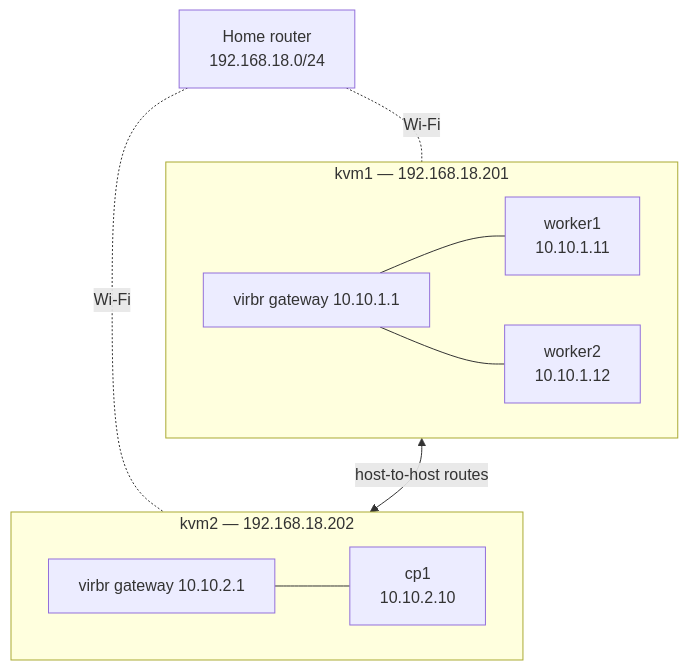
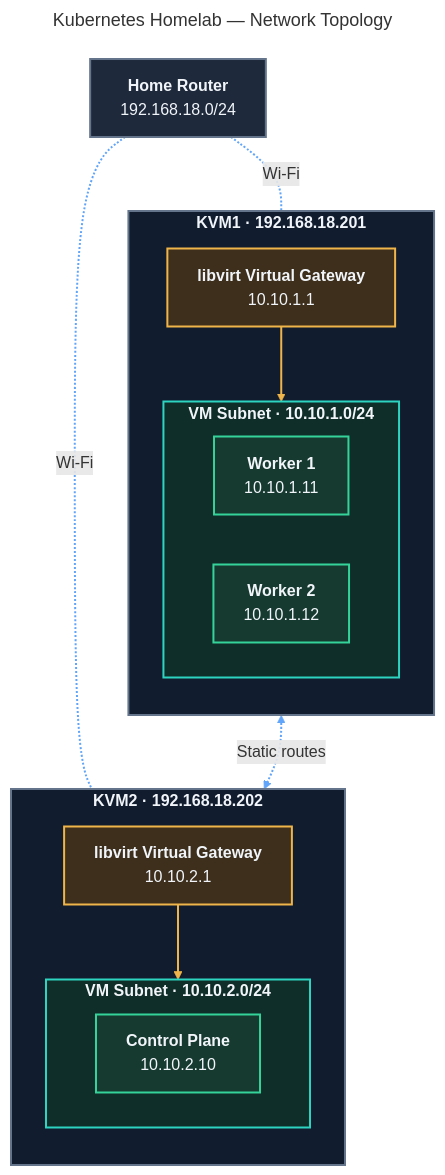
The diagram in doc/networking.md (KatlehoLephallo/kubernetes-homelab), drawn with Mermaid before and after one commit. The commit also changed other lines of this file, not shown here.

Commit message:
final final touches

````diff
--- a/doc/networking.md
+++ b/doc/networking.md
@@ -13,22 +14,48 @@
 ```mermaid
+---
+title: Kubernetes Homelab — Network Topology
+---
 flowchart TB
-    router["Home router<br/>192.168.18.0/24"]
-
-    subgraph kvm1["kvm1 — 192.168.18.201"]
-        gw1["virbr gateway 10.10.1.1"]
-        w1["worker1<br/>10.10.1.11"]
-        w2["worker2<br/>10.10.1.12"]
-        gw1 --- w1
-        gw1 --- w2
+    router["<b>Home Router</b><br/>192.168.18.0/24"]
+ 
+    subgraph kvm1["<b>KVM1 · 192.168.18.201</b>"]
+        
+        direction TB
+        gw1["<b>libvirt Virtual Gateway</b><br/>10.10.1.1"]
+        subgraph net1["<b>VM Subnet · 10.10.1.0/24</b>"]
+            direction LR
+            w1["<b>Worker 1</b><br/> 10.10.1.11"]
+            w2["<b>Worker 2</b><br/> 10.10.1.12"]
+        end
+        gw1 --> net1
     end
-
-    subgraph kvm2["kvm2 — 192.168.18.202"]
-        gw2["virbr gateway 10.10.2.1"]
-        cp1["cp1<br/>10.10.2.10"]
-        gw2 --- cp1
+ 
+    subgraph kvm2["<b>KVM2 · 192.168.18.202</b>"]
+        direction TB
+        gw2["<b>libvirt Virtual Gateway</b><br/>10.10.2.1"]
+        subgraph net2["<b>VM Subnet · 10.10.2.0/24</b>"]
+            cp1["<b>Control Plane</b><br/> 10.10.2.10"]
+        end
+        gw2 --> net2
     end
-
-    router -. Wi-Fi .- kvm1
-    router -. Wi-Fi .- kvm2
-    kvm1 <-- "host-to-host routes" --> kvm2
+ 
+    router -. "Wi-Fi" .- kvm1
+    router -. "Wi-Fi" .- kvm2
+    kvm1 <-. "Static routes" .-> kvm2
+ 
+    classDef routerStyle fill:#1e293b,stroke:#64748b,stroke-width:2px,color:#f1f5f9
+    classDef gatewayStyle fill:#3d2f1c,stroke:#f0b54a,stroke-width:2px,color:#f1f5f9
+    classDef vmStyle fill:#163a30,stroke:#34d399,stroke-width:2px,color:#f1f5f9
+ 
+    class router routerStyle
+    class gw1,gw2 gatewayStyle
+    class w1,w2,cp1 vmStyle
+ 
+    style kvm1 fill:#111c2e,stroke:#64748b,stroke-width:2px,color:#f1f5f9
+    style kvm2 fill:#111c2e,stroke:#64748b,stroke-width:2px,color:#f1f5f9
+    style net1 fill:#0f2e2a,stroke:#2dd4bf,stroke-width:2px,color:#f1f5f9
+    style net2 fill:#0f2e2a,stroke:#2dd4bf,stroke-width:2px,color:#f1f5f9
+ 
+    linkStyle 0,1 stroke:#f0b54a,stroke-width:2px
+    linkStyle 2,3,4 stroke:#60a5fa,stroke-width:2px
 ```
````
